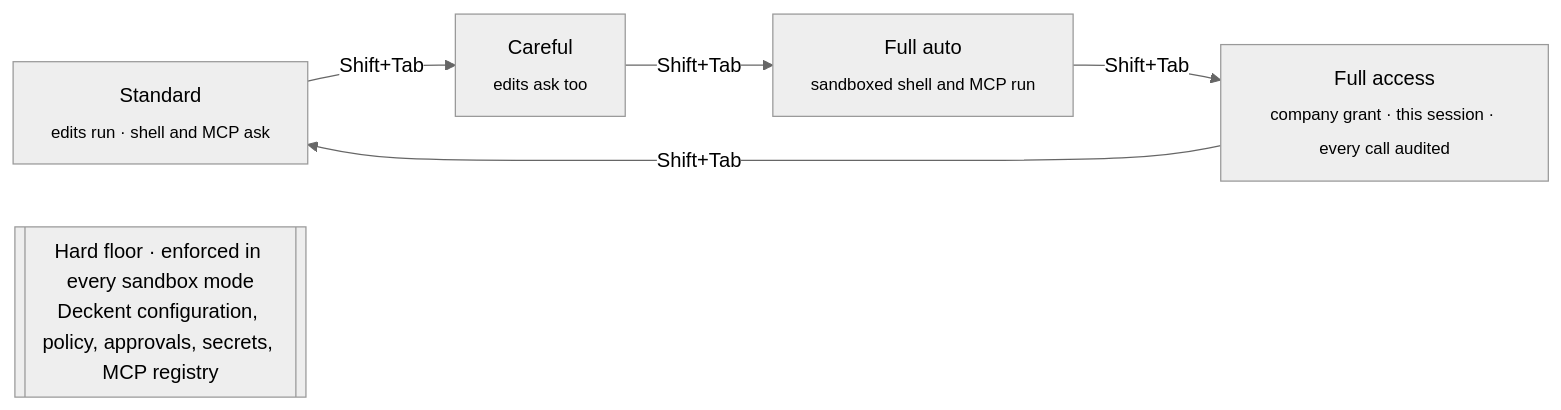
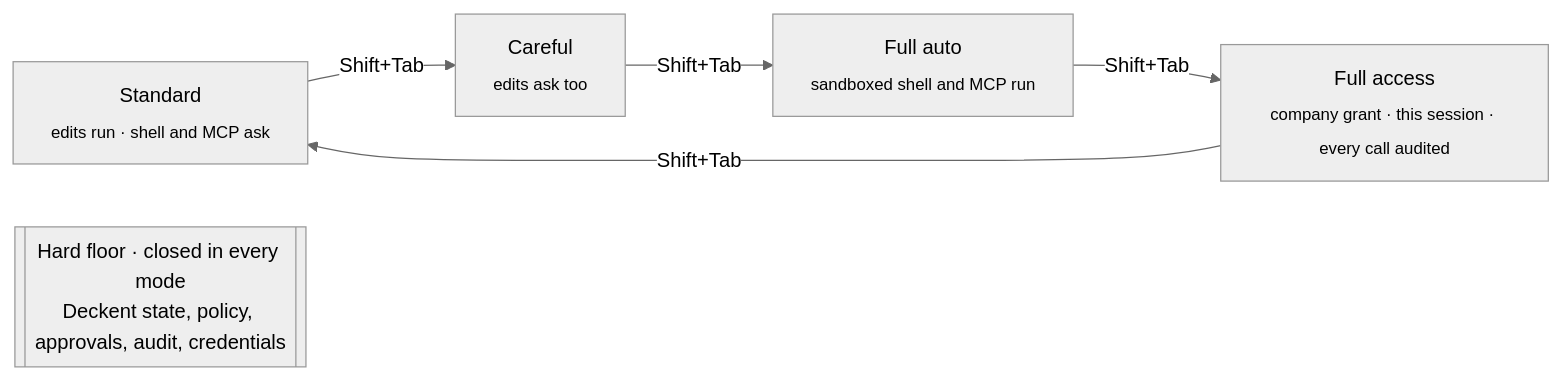
The fifth of 6 diagrams in README.md (Verhex/deckent-next), drawn with Mermaid (neutral theme) before and after one commit. The commit also changed other lines of this file and 3 other files, not shown here.

````diff
--- a/README.md
+++ b/README.md
@@ -382,8 +398,8 @@
 ```mermaid
 flowchart LR
   S["Standard<br/><sub>edits run · shell and MCP ask</sub>"] -->|Shift+Tab| C["Careful<br/><sub>edits ask too</sub>"]
   C -->|Shift+Tab| A["Full auto<br/><sub>sandboxed shell and MCP run</sub>"]
   A -->|Shift+Tab| F["Full access<br/><sub>company grant · this session · every call audited</sub>"]
   F -->|Shift+Tab| S
-  H[["Hard floor · enforced in every sandbox mode<br/>Deckent configuration, policy, approvals, secrets, MCP registry"]]
+  H[["Hard floor · closed in every mode<br/>Deckent state, policy, approvals, audit, credentials"]]
 ```
````
